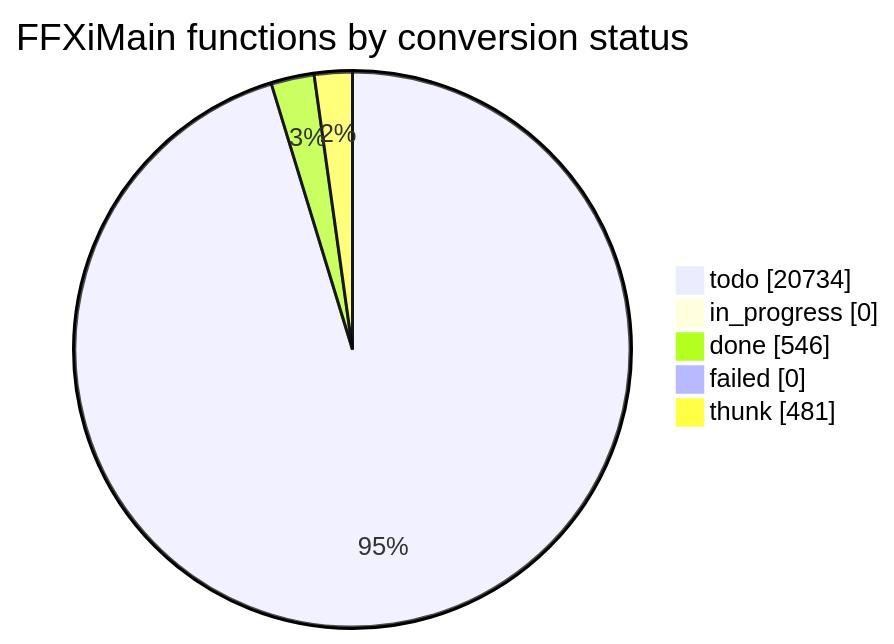
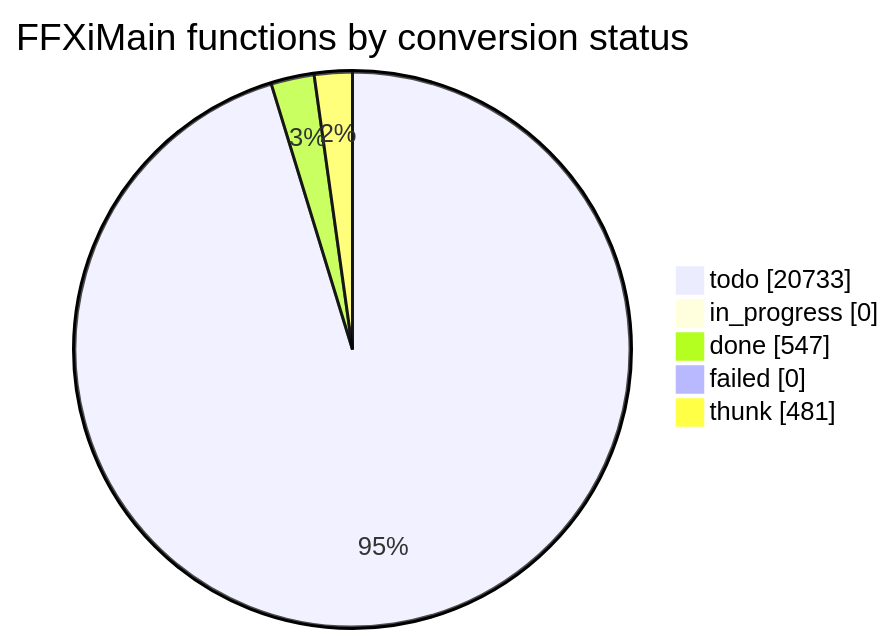
The diagram in docs/cow/STATUS.md (cowrevenge/cow_kuluu_xi_anything), drawn with Mermaid before and after one commit. The commit also changed other lines of this file and 9 other files, not shown here.

````diff
--- a/docs/cow/STATUS.md
+++ b/docs/cow/STATUS.md
@@ -18,9 +18,9 @@
 ```mermaid
 pie showData
     title FFXiMain functions by conversion status
-    "todo" : 20734
+    "todo" : 20733
     "in_progress" : 0
-    "done" : 546
+    "done" : 547
     "failed" : 0
     "thunk" : 481
 ```
````
